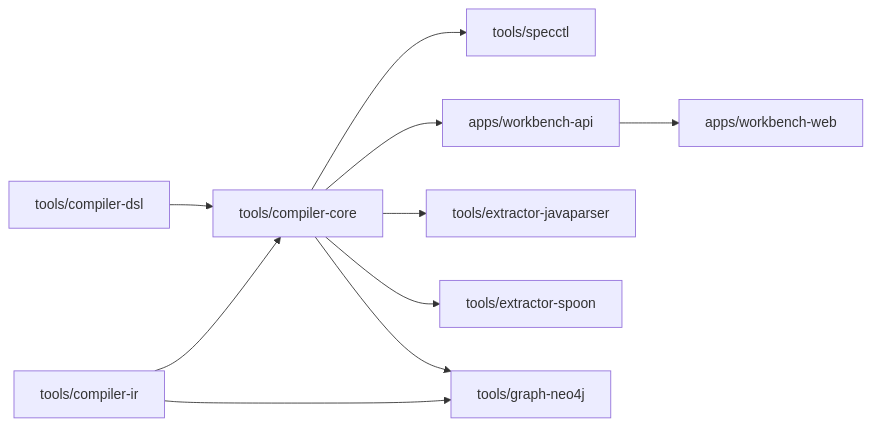
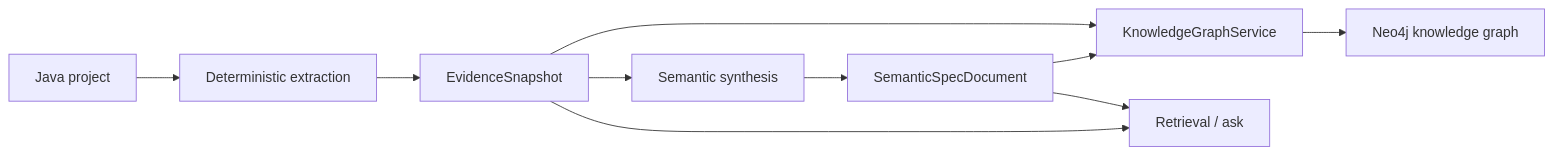
Before and after one commit to deandalianis/kanon: the diagram in README.md, drawn with Mermaid. The commit also changed other lines of this file and 250 other files, not shown here.

````diff
--- a/README.md
+++ b/README.md
@@ -46,12 +25,12 @@
 ```mermaid
 flowchart LR
-  dsl["tools/compiler-dsl"] --> core["tools/compiler-core"]
-  ir["tools/compiler-ir"] --> core
-  core --> cli["tools/specctl"]
-  core --> api["apps/workbench-api"]
-  core --> jp["tools/extractor-javaparser"]
-  core --> sp["tools/extractor-spoon"]
-  core --> graphNeo["tools/graph-neo4j"]
-  ir --> graphNeo
-  api --> web["apps/workbench-web"]
+    project["Java project"] --> extract["Deterministic extraction"]
+    extract --> evidence["EvidenceSnapshot"]
+    evidence --> synth["Semantic synthesis"]
+    synth --> spec["SemanticSpecDocument"]
+    evidence --> graphSvc["KnowledgeGraphService"]
+    spec --> graphSvc
+    graphSvc --> neo4j["Neo4j knowledge graph"]
+    spec --> ask["Retrieval / ask"]
+    evidence --> ask
 ```
````
